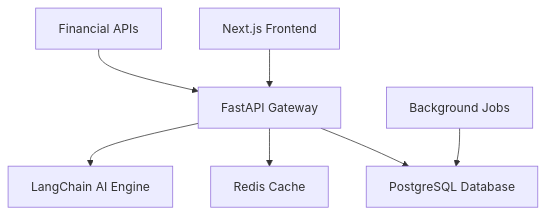
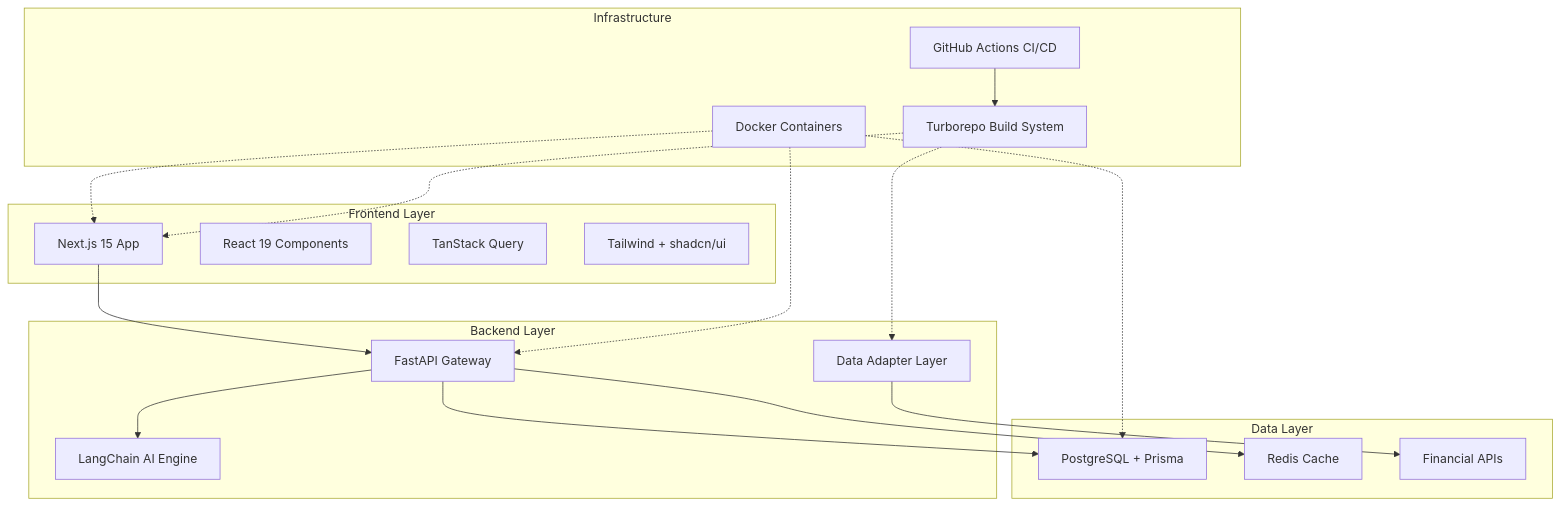
The diagram in README.md (Mi-Lan/FinAnalyzer), drawn with Mermaid before and after one commit. The commit also changed other lines of this file and 84 other files, not shown here.

````diff
--- a/README.md
+++ b/README.md
@@ -126,9 +132,39 @@
 ```mermaid
 graph TB
-    A[Next.js Frontend] --> B[FastAPI Gateway]
-    B --> C[PostgreSQL Database]
-    B --> D[Redis Cache]
-    B --> E[LangChain AI Engine]
-    F[Financial APIs] --> B
-    G[Background Jobs] --> C
+    subgraph "Frontend Layer"
+        A[Next.js 15 App]
+        A1[React 19 Components]
+        A2[TanStack Query]
+        A3[Tailwind + shadcn/ui]
+    end
+
+    subgraph "Backend Layer"
+        B[FastAPI Gateway]
+        B1[Data Adapter Layer]
+        B2[LangChain AI Engine]
+    end
+
+    subgraph "Data Layer"
+        C[PostgreSQL + Prisma]
+        D[Redis Cache]
+        F[Financial APIs]
+    end
+
+    subgraph "Infrastructure"
+        E[Docker Containers]
+        G[Turborepo Build System]
+        H[GitHub Actions CI/CD]
+    end
+
+    A --> B
+    B --> C
+    B --> D
+    B1 --> F
+    B --> B2
+    E -.-> A
+    E -.-> B
+    E -.-> C
+    G -.-> A
+    G -.-> B1
+    H --> G
 ```
````
